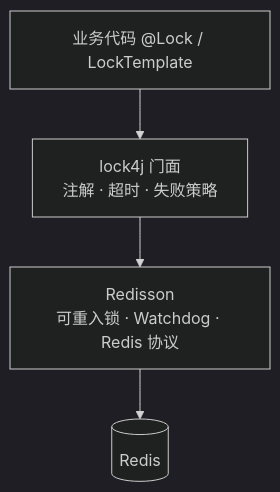
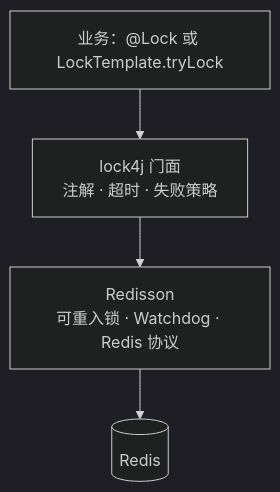
Before and after one commit to jasonsoso/spring-ai-demo: the third of 6 diagrams in demo2/docs/superpowers/specs/2026-08-05-lock4j-redisson-design.md, drawn with Mermaid (dark theme). The commit also changed other lines of this file, not shown here.

Commit message:
docs(demo2): expand lock design to demo annotation plus ask tryLock

````diff
--- a/demo2/docs/superpowers/specs/2026-08-05-lock4j-redisson-design.md
+++ b/demo2/docs/superpowers/specs/2026-08-05-lock4j-redisson-design.md
@@ -106,9 +123,9 @@
 ```mermaid
 flowchart TB
-  APP["业务代码 @Lock / LockTemplate"]
+  APP["业务：@Lock 或 LockTemplate.tryLock"]
   L4J["lock4j 门面<br/>注解 · 超时 · 失败策略"]
   RS["Redisson<br/>可重入锁 · Watchdog · Redis 协议"]
   RD[("Redis")]
 
   APP --> L4J --> RS --> RD
 ```
````
